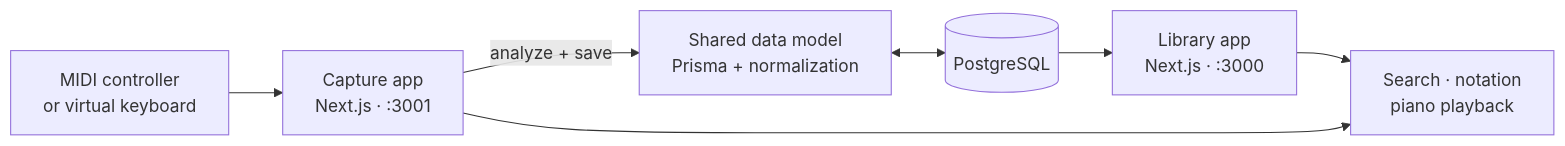
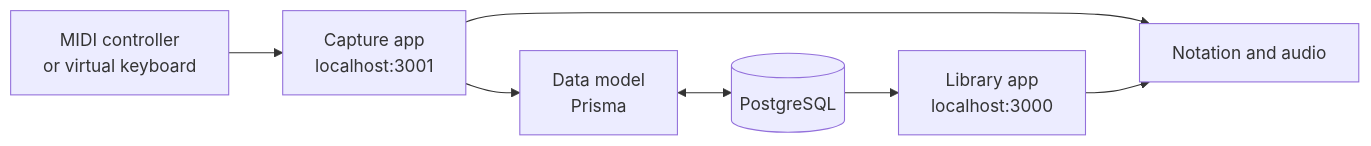
The diagram in README.md (Bruscheto/Voicings-Library), drawn with Mermaid before and after one commit. The commit also changed other lines of this file, not shown here.

````diff
--- a/README.md
+++ b/README.md
@@ -28,9 +33,9 @@
 ```mermaid
 flowchart LR
-    input["MIDI controller<br/>or virtual keyboard"] --> admin["Capture app<br/>Next.js · :3001"]
-    admin -->|"analyze + save"| model["Shared data model<br/>Prisma + normalization"]
+    input["MIDI controller<br/>or virtual keyboard"] --> admin["Capture app<br/>localhost:3001"]
+    admin --> model["Data model<br/>Prisma"]
     model <--> db[(PostgreSQL)]
-    db --> web["Library app<br/>Next.js · :3000"]
-    web --> output["Search · notation<br/>piano playback"]
-    admin --> output
+    db --> web["Library app<br/>localhost:3000"]
+    admin --> shared["Notation and audio"]
+    web --> shared
 ```
````
